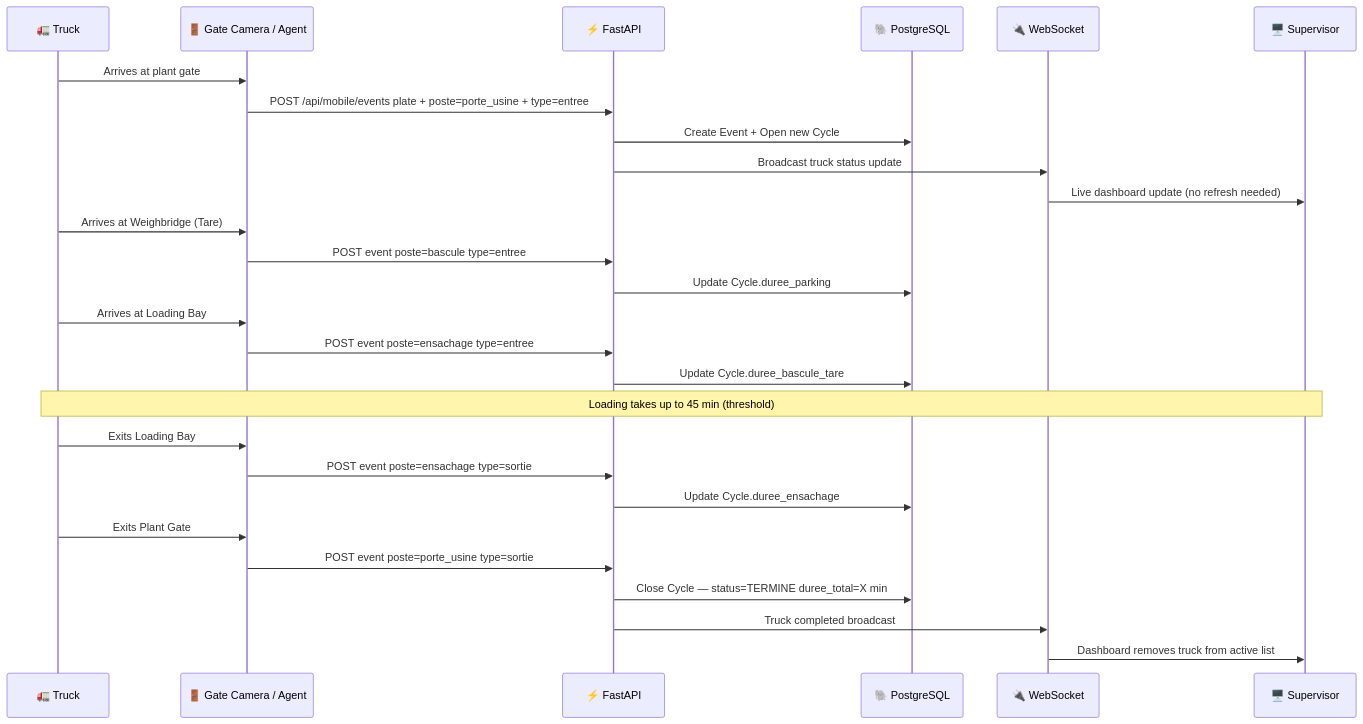
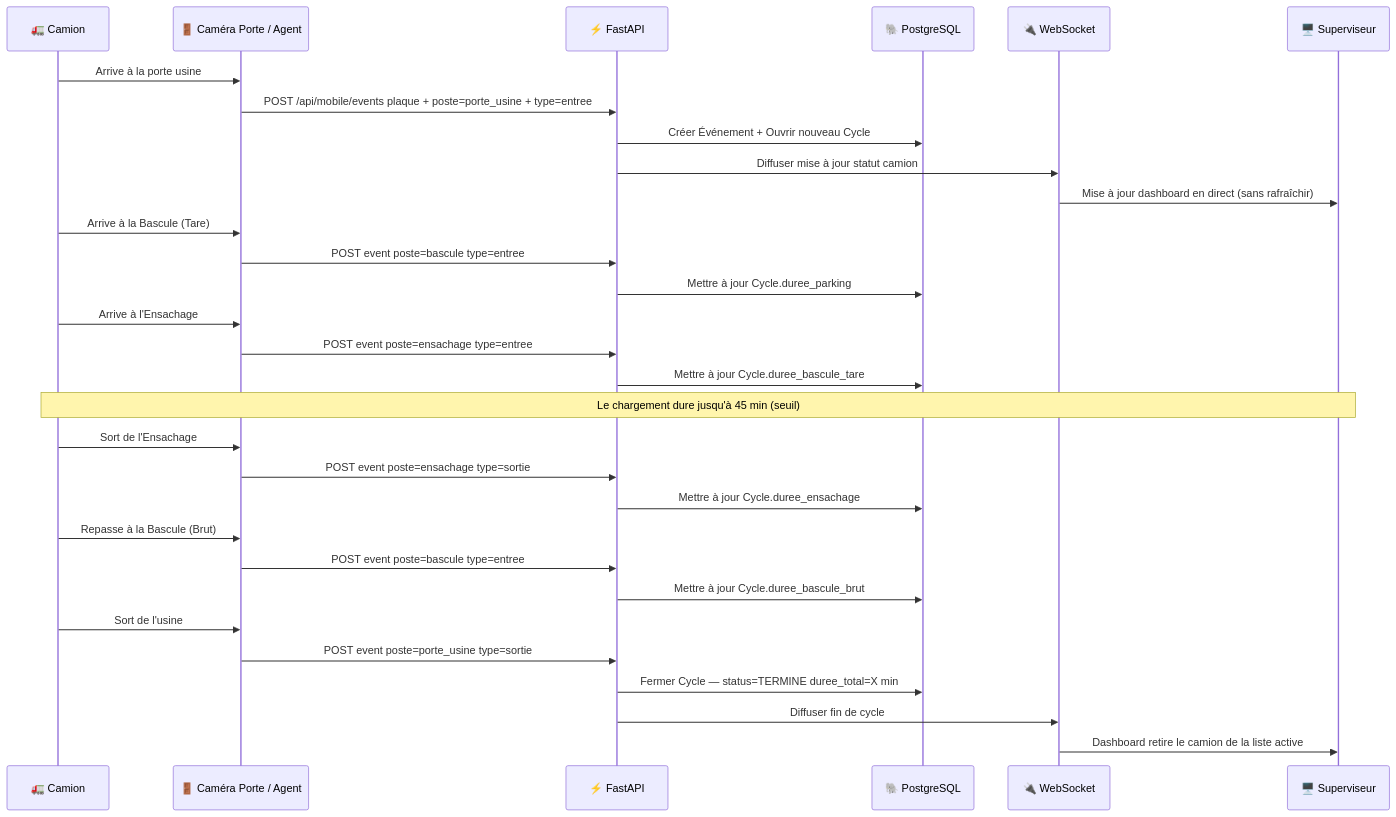
The second of 4 diagrams in README.md (samya818/smart-plant-truck-tracker), drawn with Mermaid before and after one commit. The commit also changed other lines of this file, not shown here.

````diff
--- a/README.md
+++ b/README.md
@@ -134,35 +177,39 @@
 ```mermaid
 sequenceDiagram
-    participant T as 🚛 Truck
-    participant G as 🚪 Gate Camera / Agent
+    participant T as 🚛 Camion
+    participant G as 🚪 Caméra Porte / Agent
     participant API as ⚡ FastAPI
     participant DB as 🐘 PostgreSQL
     participant WS as 🔌 WebSocket
-    participant S as 🖥️ Supervisor
+    participant S as 🖥️ Superviseur
 
-    T->>G: Arrives at plant gate
-    G->>API: POST /api/mobile/events plate + poste=porte_usine + type=entree
-    API->>DB: Create Event + Open new Cycle
-    API->>WS: Broadcast truck status update
-    WS->>S: Live dashboard update (no refresh needed)
+    T->>G: Arrive à la porte usine
+    G->>API: POST /api/mobile/events plaque + poste=porte_usine + type=entree
+    API->>DB: Créer Événement + Ouvrir nouveau Cycle
+    API->>WS: Diffuser mise à jour statut camion
+    WS->>S: Mise à jour dashboard en direct (sans rafraîchir)
 
-    T->>G: Arrives at Weighbridge (Tare)
+    T->>G: Arrive à la Bascule (Tare)
     G->>API: POST event poste=bascule type=entree
-    API->>DB: Update Cycle.duree_parking
+    API->>DB: Mettre à jour Cycle.duree_parking
 
-    T->>G: Arrives at Loading Bay
+    T->>G: Arrive à l'Ensachage
     G->>API: POST event poste=ensachage type=entree
-    API->>DB: Update Cycle.duree_bascule_tare
+    API->>DB: Mettre à jour Cycle.duree_bascule_tare
 
-    Note over T,S: Loading takes up to 45 min (threshold)
+    Note over T,S: Le chargement dure jusqu'à 45 min (seuil)
 
-    T->>G: Exits Loading Bay
+    T->>G: Sort de l'Ensachage
     G->>API: POST event poste=ensachage type=sortie
-    API->>DB: Update Cycle.duree_ensachage
+    API->>DB: Mettre à jour Cycle.duree_ensachage
 
-    T->>G: Exits Plant Gate
+    T->>G: Repasse à la Bascule (Brut)
+    G->>API: POST event poste=bascule type=entree
+    API->>DB: Mettre à jour Cycle.duree_bascule_brut
+
+    T->>G: Sort de l'usine
     G->>API: POST event poste=porte_usine type=sortie
-    API->>DB: Close Cycle — status=TERMINE duree_total=X min
-    API->>WS: Truck completed broadcast
-    WS->>S: Dashboard removes truck from active list
+    API->>DB: Fermer Cycle — status=TERMINE duree_total=X min
+    API->>WS: Diffuser fin de cycle
+    WS->>S: Dashboard retire le camion de la liste active
 ```
````
